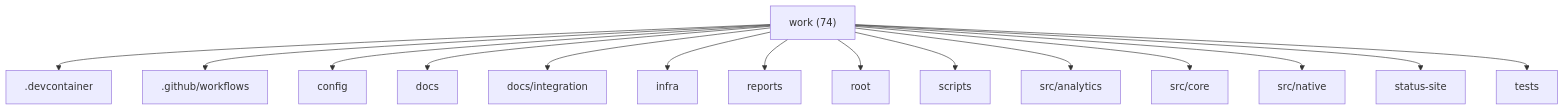
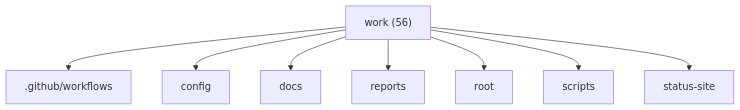
Before and after one commit to M0nado/helios-platform: the first of 3 diagrams in reports/branch-intelligence/graphs.md, drawn with Mermaid. The commit also changed other lines of this file and 59 other files, not shown here.

````diff
--- a/reports/branch-intelligence/graphs.md
+++ b/reports/branch-intelligence/graphs.md
@@ -5,18 +5,11 @@
 ```mermaid
 graph TD
-  work["work (74)"]
-  work --> _devcontainer[".devcontainer"]
+  work["work (56)"]
   work --> _github_workflows[".github/workflows"]
   work --> config["config"]
   work --> docs["docs"]
-  work --> docs_integration["docs/integration"]
-  work --> infra["infra"]
   work --> reports["reports"]
   work --> root["root"]
   work --> scripts["scripts"]
-  work --> src_analytics["src/analytics"]
-  work --> src_core["src/core"]
-  work --> src_native["src/native"]
   work --> status_site["status-site"]
-  work --> tests["tests"]
 ```
````
